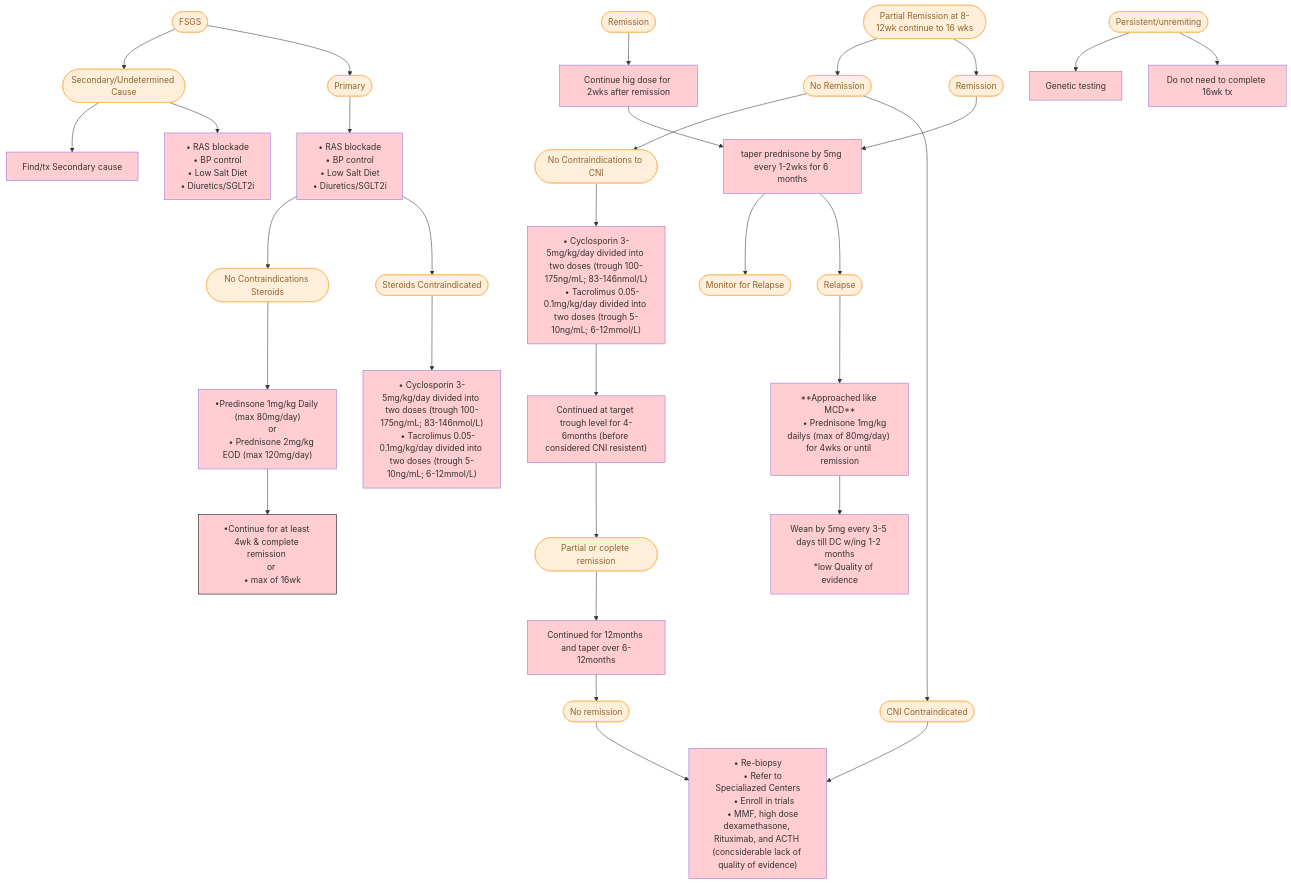
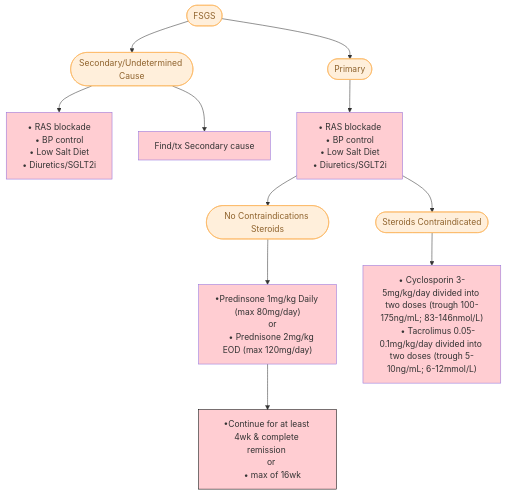
Before and after one commit to TTUNEPH2025/GN: the second of 2 diagrams in docs/FSGS.md, drawn with Mermaid.

````diff
--- a/docs/FSGS.md
+++ b/docs/FSGS.md
@@ -101,78 +101,34 @@
 ```mermaid
 flowchart TD
     A(["FSGS"]) --> B(["Primary"]) & n1(["Secondary/Undetermined Cause"])
     n1 --> n2["• RAS blockade
      • BP control
      • Low Salt Diet
      • Diuretics/SGLT2i"] & n3["Find/tx Secondary cause"]
     B --> n26["• RAS blockade
      • BP control
      • Low Salt Diet
      • Diuretics/SGLT2i"]
     n4["•Predinsone 1mg/kg Daily (max 80mg/day)
     or
     • Prednisone 2mg/kg EOD (max 120mg/day)"] --> n5["•Continue for at least 4wk & complete remission 
     or 
     • max of 16wk"]
-    n6["Continue hig dose for 2wks after remission"] --> n7["taper prednisone by 5mg every 1-2wks for 6 months"]
-    n7 --> n8(["Relapse"]) & n9(["Monitor for Relapse"])
-    n8 --> n10["**Approached like MCD**
-     • Prednisone 1mg/kg dailys (max of 80mg/day) for 4wks or until remission"]
-    n10 --> n11["Wean by 5mg every 3-5 days till DC w/ing 1-2 months
-    *low Quality of evidence"]
-    n12(["Partial Remission at 8-12wk continue to 16 wks"]) --> n13(["Remission"]) & n14(["No Remission"])
-    n13 --> n7
-    n14 --> n21(["CNI Contraindicated"]) & n28(["No Contraindications to CNI"])
-    n15["• Cyclosporin 3-5mg/kg/day divided into two doses (trough 100-175ng/mL; 83-146nmol/L)
-     • Tacrolimus 0.05-0.1mg/kg/day divided into two doses (trough 5-10ng/mL; 6-12mmol/L)"] --> n16["Continued at target trough level for 4-6months (before considered CNI resistent)"]
-    n16 --> n17(["Partial or coplete remission"])
-    n17 --> n18["Continued for 12months and taper over 6-12months"]
-    n18 --> n19(["No remission"])
-    n19 --> n20["• Re-biopsy
-     • Refer to Specialiazed Centers
-     • Enroll in trials
-     • MMF, high dose dexamethasone, Rituximab, and ACTH (concsiderable lack of quality of evidence)"]
-    n21 --> n20
-    n22(["Persistent/unremiting"]) --> n30["Do not need to complete 16wk tx"] & n23["Genetic testing"]
     n24(["Steroids Contraindicated"]) --> n25["• Cyclosporin 3-5mg/kg/day divided into two doses (trough 100-175ng/mL; 83-146nmol/L)
      • Tacrolimus 0.05-0.1mg/kg/day divided into two doses (trough 5-10ng/mL; 6-12mmol/L)"]
     n26 --> n24 & n27(["No Contraindications Steroids"])
     n27 --> n4
-    n28 --> n15
-    n29(["Remission"]) --> n6
      A:::Peach
      B:::Peach
      n1:::Peach
      n2:::Class_01
      n3:::Class_01
      n26:::Class_01
-     n22:::Peach
-     n8:::Peach
-     n9:::Peach
-     n12:::Peach
-     n13:::Peach
-     n14:::Peach
-     n21:::Peach
-     n28:::Peach
-     n17:::Peach
-     n19:::Peach
-     n23:::Class_01
      n24:::Peach
      n25:::Class_01
      n27:::Peach
-     n29:::Peach
     classDef Peach stroke-width:1px, stroke-dasharray:none, stroke:#FBB35A, fill:#FFEFDB, color:#8F632D
     classDef Class_01 fill:#FFCDD2
     style n4 fill:#FFCDD2
     style n5 stroke:#000000,fill:#FFCDD2
-    style n6 fill:#FFCDD2
-    style n7 fill:#FFCDD2
-    style n10 fill:#FFCDD2
-    style n11 fill:#FFCDD2
-    style n15 fill:#FFCDD2
-    style n16 fill:#FFCDD2
-    style n18 fill:#FFCDD2
-    style n20 fill:#FFCDD2
-    style n30 fill:#FFCDD2
-
 ```
````
